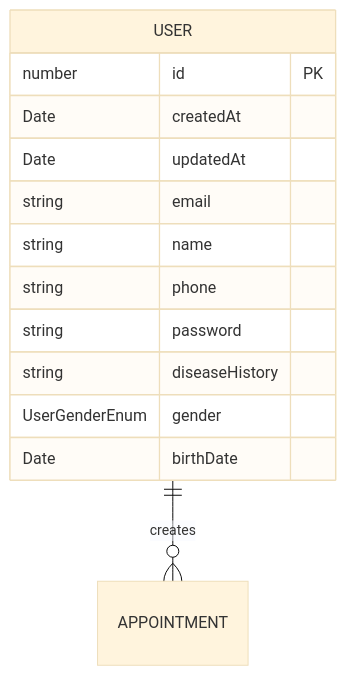
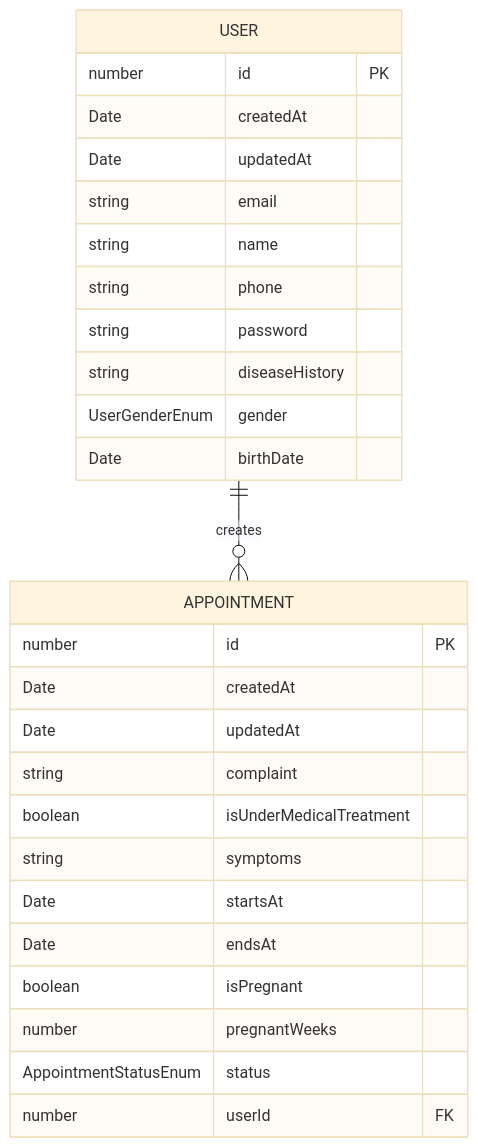
One commit to leonardodimarchi/massage-therapy-api changed the first of 2 diagrams in README.md. Above: the diagram before and after it, drawn with Mermaid. The commit also changed other lines of this file, not shown here.

Commit message:
docs(README): updating diagram

````diff
--- a/README.md
+++ b/README.md
@@ -5,18 +5,35 @@
 ```mermaid
 %%{init: {'theme':'base'}}%%
 erDiagram
     USER ||--o{ APPOINTMENT : creates
     USER {
         number id PK
         Date createdAt
         Date updatedAt
 
         string email
         string name
         string phone
         string password
         string diseaseHistory
         UserGenderEnum gender
         Date birthDate
     }
+
+    APPOINTMENT {
+        number id PK
+        Date createdAt
+        Date updatedAt
+
+        string complaint
+        boolean isUnderMedicalTreatment
+        string symptoms
+        Date startsAt
+        Date endsAt
+        boolean isPregnant
+        number pregnantWeeks
+        AppointmentStatusEnum status
+
+        number userId FK
+    }
 ```
````
